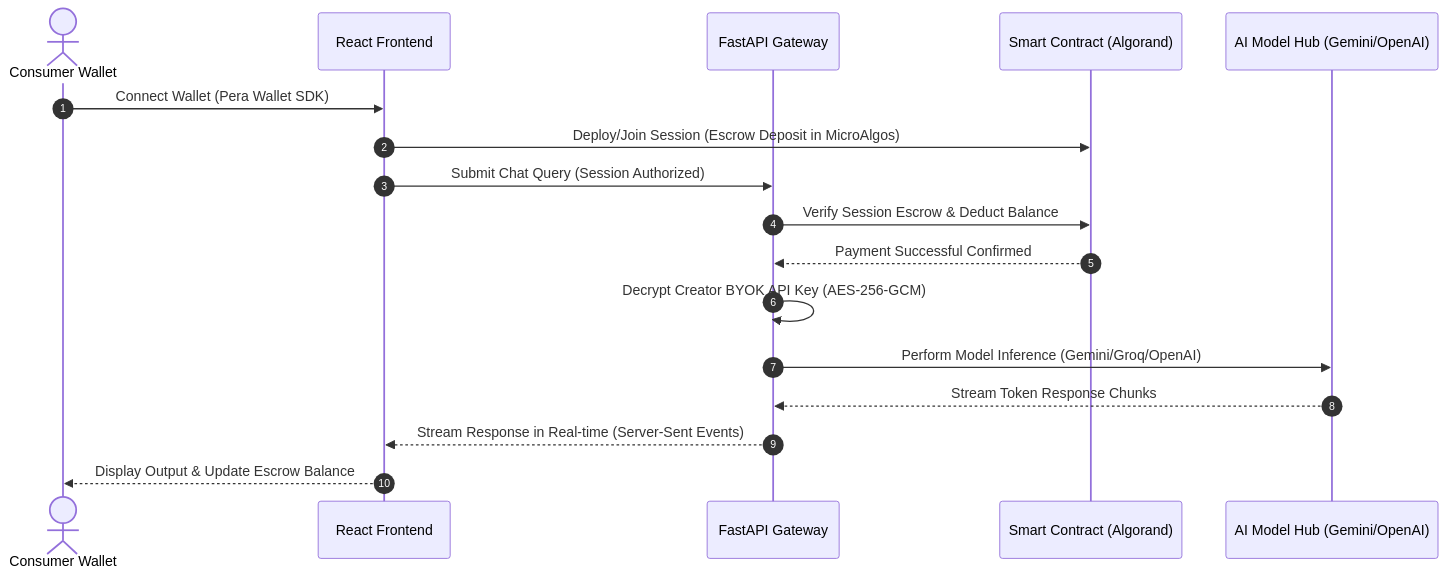
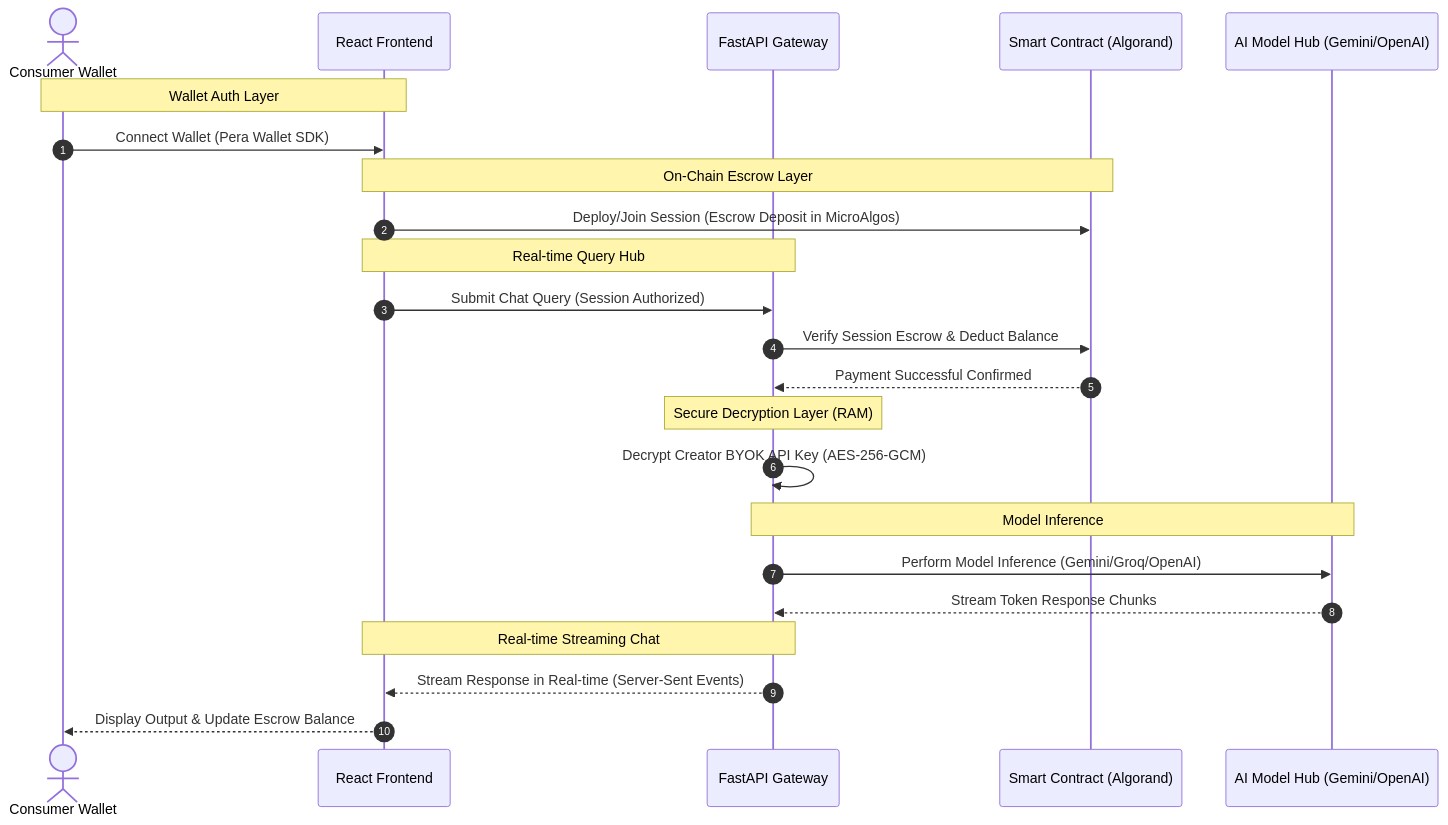
One commit to WPrasad99/Pay-Per-Use-Ai changed the diagram in docs/architecture_doc.md. Above: the diagram before and after it, drawn with Mermaid. The commit also changed other lines of this file and 2 other files, not shown here.

First line of the commit message:
docs(design): upgrade setup, architecture, and contract files to premium style

````diff
--- a/docs/architecture_doc.md
+++ b/docs/architecture_doc.md
@@ -11,20 +18,31 @@
 ```mermaid
 sequenceDiagram
     autonumber
     actor User as Consumer Wallet
     participant FE as React Frontend
     participant BE as FastAPI Gateway
     participant SC as Smart Contract (Algorand)
     participant AI as AI Model Hub (Gemini/OpenAI)
 
+    Note over User,FE: Wallet Auth Layer
     User->>FE: Connect Wallet (Pera Wallet SDK)
+    
+    Note over FE,SC: On-Chain Escrow Layer
     FE->>SC: Deploy/Join Session (Escrow Deposit in MicroAlgos)
+    
+    Note over FE,BE: Real-time Query Hub
     FE->>BE: Submit Chat Query (Session Authorized)
     BE->>SC: Verify Session Escrow & Deduct Balance
     SC-->>BE: Payment Successful Confirmed
+    
+    Note over BE: Secure Decryption Layer (RAM)
     BE->>BE: Decrypt Creator BYOK API Key (AES-256-GCM)
+    
+    Note over BE,AI: Model Inference
     BE->>AI: Perform Model Inference (Gemini/Groq/OpenAI)
     AI-->>BE: Stream Token Response Chunks
+    
+    Note over BE,FE: Real-time Streaming Chat
     BE-->>FE: Stream Response in Real-time (Server-Sent Events)
     FE-->>User: Display Output & Update Escrow Balance
 ```
````
